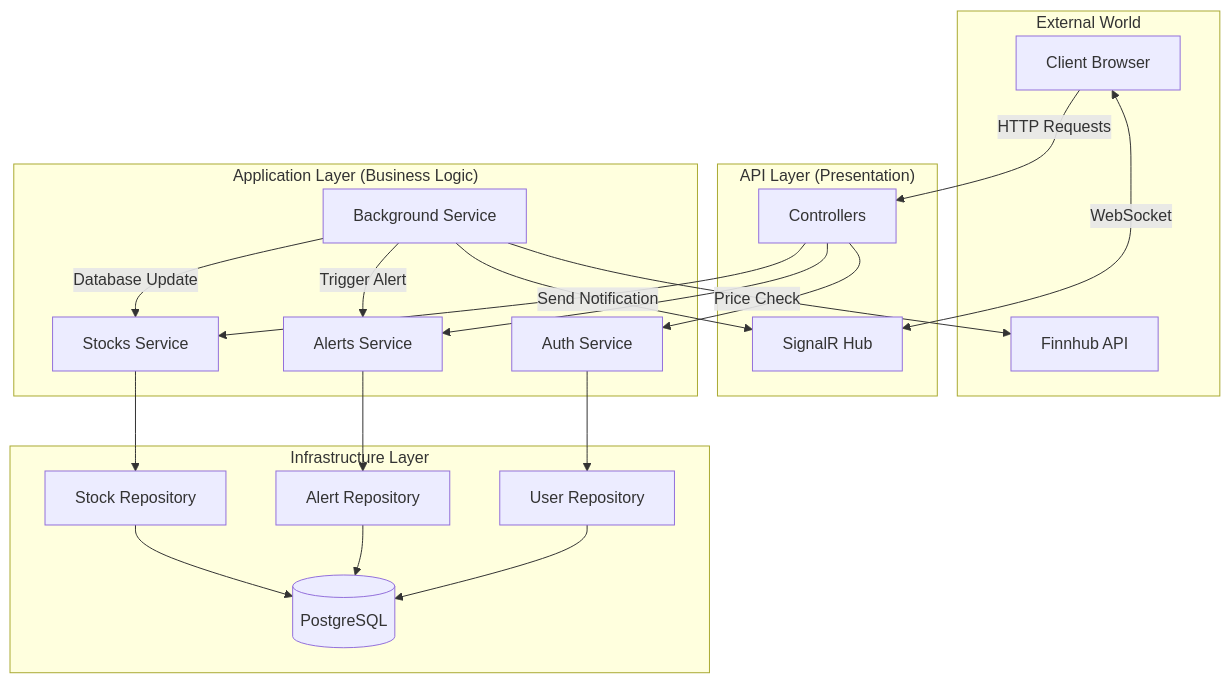
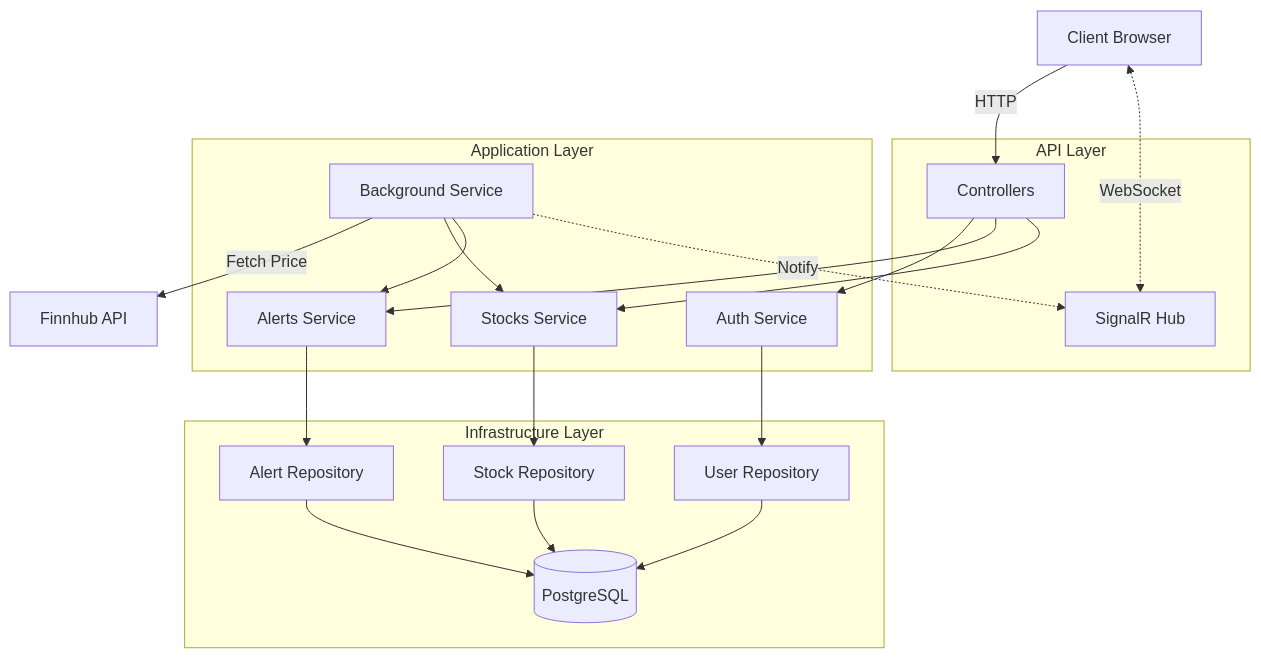
The diagram in README.md (alpererdin/StockAlertApi), drawn with Mermaid before and after one commit.

````diff
--- a/README.md
+++ b/README.md
@@ -17,46 +17,45 @@
 ```mermaid
-graph TD
-    subgraph "External World"
-        Client[Client Browser]
-        Finnhub[Finnhub API]
-    end
+graph TB
+    Client[Client Browser]
     
-    subgraph "API Layer (Presentation)"
-        Controllers
+    subgraph API["API Layer"]
+        Controllers[Controllers]
         SignalR[SignalR Hub]
     end
     
-    subgraph "Application Layer (Business Logic)"
+    subgraph Application["Application Layer"]
         AuthSvc[Auth Service]
         AlertSvc[Alerts Service]
         StockSvc[Stocks Service]
-        BackgroundSvc[Background Service]
+        BgSvc[Background Service]
     end
     
-    subgraph "Infrastructure Layer"
+    subgraph Infrastructure["Infrastructure Layer"]
         UserRepo[User Repository]
         AlertRepo[Alert Repository]
         StockRepo[Stock Repository]
         DB[(PostgreSQL)]
     end
     
-    Client -->|HTTP Requests| Controllers
-    Client <-->|WebSocket| SignalR
+    Finnhub[Finnhub API]
+    
+    Client -->|HTTP| Controllers
+    Client <-.->|WebSocket| SignalR
     
     Controllers --> AuthSvc
     Controllers --> AlertSvc
     Controllers --> StockSvc
     
     AuthSvc --> UserRepo
     AlertSvc --> AlertRepo
     StockSvc --> StockRepo
     
     UserRepo --> DB
     AlertRepo --> DB
     StockRepo --> DB
     
-    BackgroundSvc -->|Price Check| Finnhub
-    BackgroundSvc -->|Database Update| StockSvc
-    BackgroundSvc -->|Trigger Alert| AlertSvc
-    BackgroundSvc -->|Send Notification| SignalR
+    BgSvc -->|Fetch Price| Finnhub
+    BgSvc --> StockSvc
+    BgSvc --> AlertSvc
+    BgSvc -.->|Notify| SignalR
 ```
````
